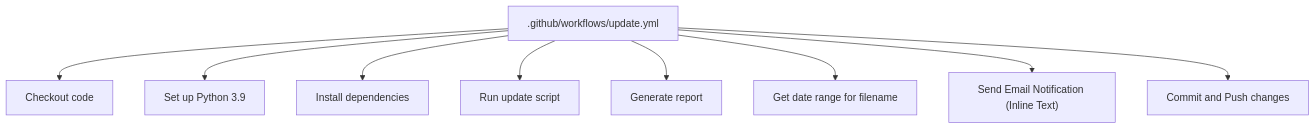
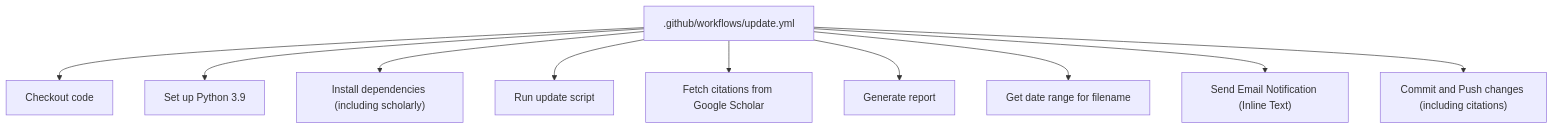
One commit to junxie01/paper_weekly changed the first of 11 diagrams in .qoder/repowiki/en/content/Configuration Guide/GitHub Actions Workflow.md. Above: the diagram before and after it, drawn with Mermaid. The commit also changed other lines of this file and 5 other files, not shown here.

````diff
--- a/.qoder/repowiki/en/content/Configuration Guide/GitHub Actions Workflow.md
+++ b/.qoder/repowiki/en/content/Configuration Guide/GitHub Actions Workflow.md
@@ -53,11 +57,12 @@
 ```mermaid
 graph TB
 A[".github/workflows/update.yml"] --> B["Checkout code"]
 A --> C["Set up Python 3.9"]
-A --> D["Install dependencies"]
+A --> D["Install dependencies (including scholarly)"]
 A --> E["Run update script"]
-A --> F["Generate report"]
-A --> G["Get date range for filename"]
-A --> H["Send Email Notification (Inline Text)"]
-A --> I["Commit and Push changes"]
+A --> F["Fetch citations from Google Scholar"]
+A --> G["Generate report"]
+A --> H["Get date range for filename"]
+A --> I["Send Email Notification (Inline Text)"]
+A --> J["Commit and Push changes (including citations)"]
 ```
````
